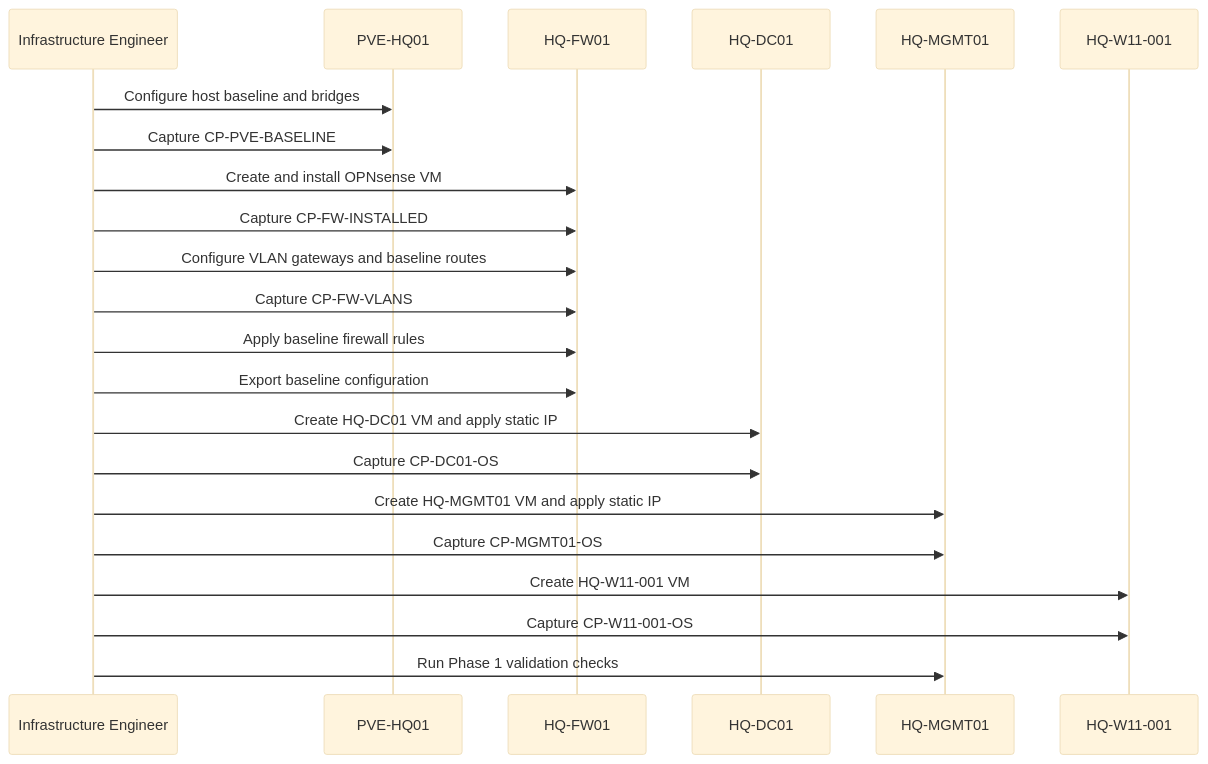
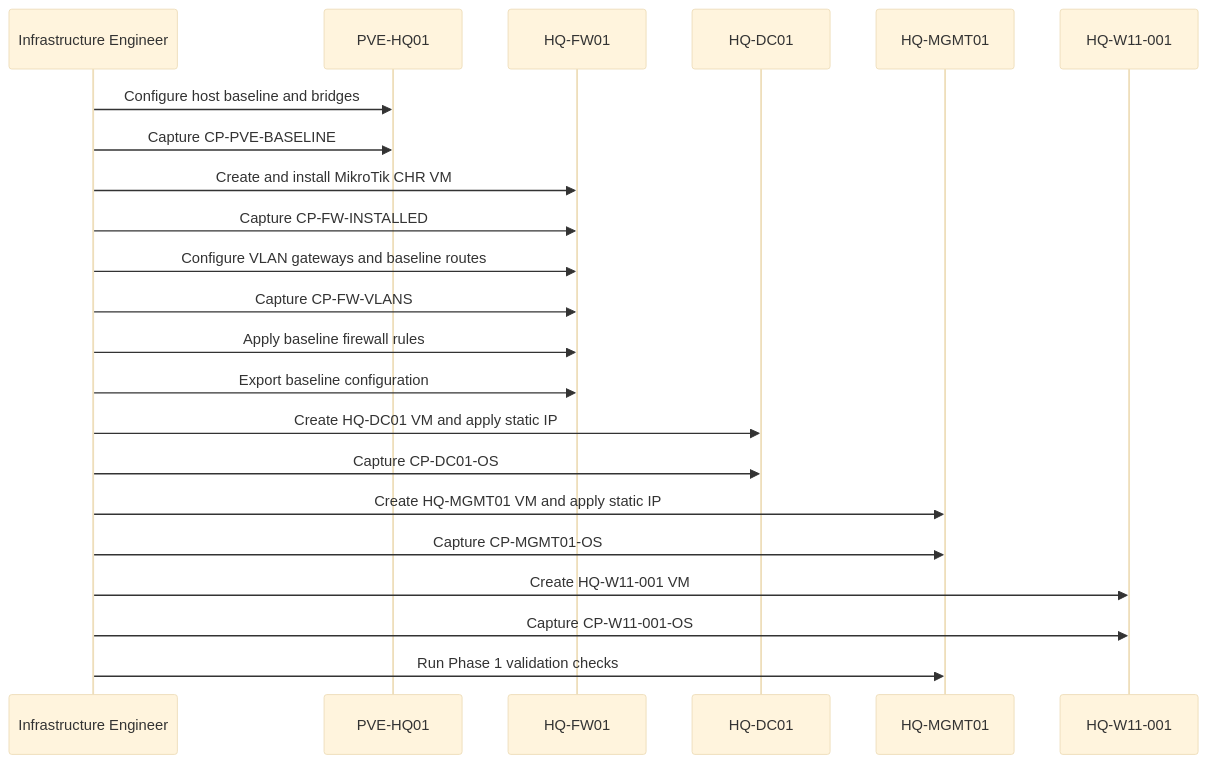
Before and after one commit to gntech-dev/geil-enterprise-docs: the first of 2 diagrams in docs/platform/phase-1-build-plan.md, drawn with Mermaid (base theme). The commit also changed other lines of this file and 37 other files, not shown here.

````diff
--- a/docs/platform/phase-1-build-plan.md
+++ b/docs/platform/phase-1-build-plan.md
@@ -58,25 +58,25 @@
 ```mermaid
 sequenceDiagram
     participant Eng as Infrastructure Engineer
     participant PVE as PVE-HQ01
     participant FW as HQ-FW01
     participant DC as HQ-DC01
     participant MGMT as HQ-MGMT01
     participant W11 as HQ-W11-001
 
     Eng->>PVE: Configure host baseline and bridges
     Eng->>PVE: Capture CP-PVE-BASELINE
-    Eng->>FW: Create and install OPNsense VM
+    Eng->>FW: Create and install MikroTik CHR VM
     Eng->>FW: Capture CP-FW-INSTALLED
     Eng->>FW: Configure VLAN gateways and baseline routes
     Eng->>FW: Capture CP-FW-VLANS
     Eng->>FW: Apply baseline firewall rules
     Eng->>FW: Export baseline configuration
     Eng->>DC: Create HQ-DC01 VM and apply static IP
     Eng->>DC: Capture CP-DC01-OS
     Eng->>MGMT: Create HQ-MGMT01 VM and apply static IP
     Eng->>MGMT: Capture CP-MGMT01-OS
     Eng->>W11: Create HQ-W11-001 VM
     Eng->>W11: Capture CP-W11-001-OS
     Eng->>MGMT: Run Phase 1 validation checks
 ```
````
